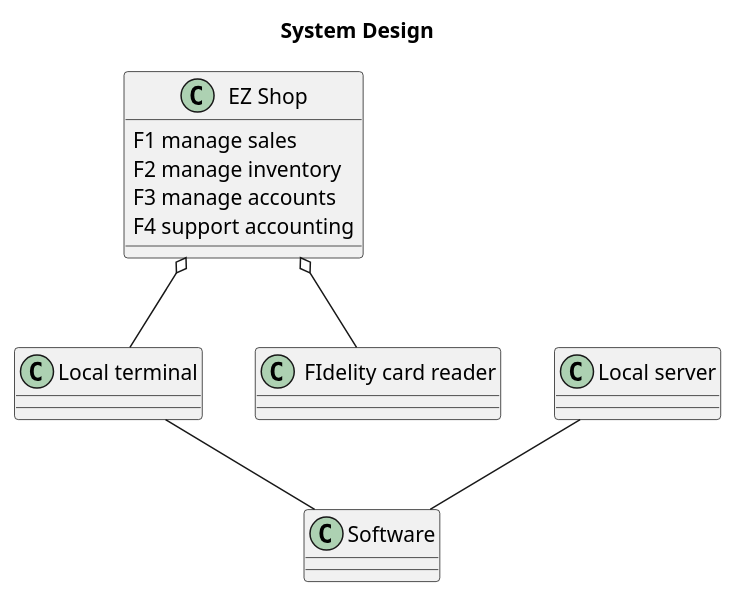
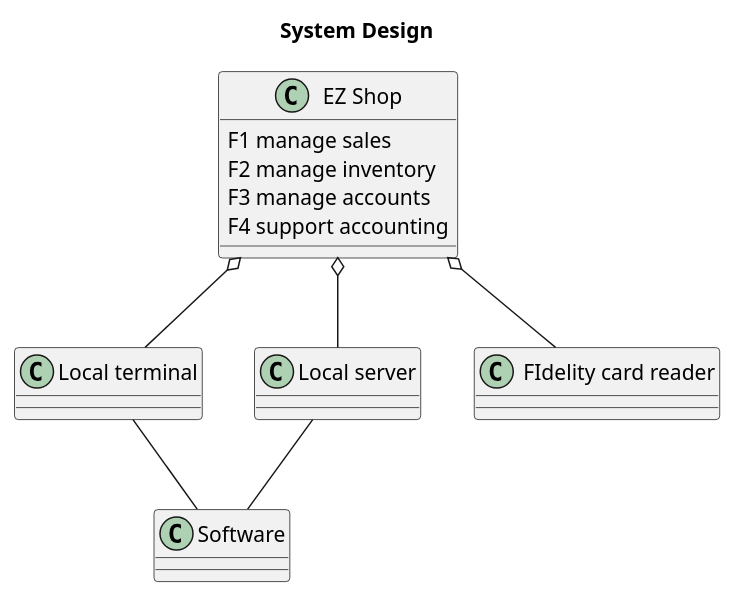
Before and after one commit to nicolabattaglino/ezshop: the third of 4 diagrams in Deliverables/RequirementsDocument.md, drawn with PlantUML.

````diff
--- a/Deliverables/RequirementsDocument.md
+++ b/Deliverables/RequirementsDocument.md
@@ -284,27 +284,28 @@
 ```plantuml
 @startuml
 
 title System Design
 class "EZ Shop" as EZShop{
 F1 manage sales 
 F2 manage inventory
 F3 manage accounts
 F4 support accounting
 }
 
 class "Local terminal" as localTerminal{
 }
 class "Local server" as localServer{
 }
 
 
 class "Software" as software 
 class " FIdelity card reader" as fcReader
 EZShop o-- localTerminal
 EZShop o-- fcReader
 localTerminal -- software
 localServer -- software
+EZShop o-- localServer
 
 
 @enduml
 ```
````
